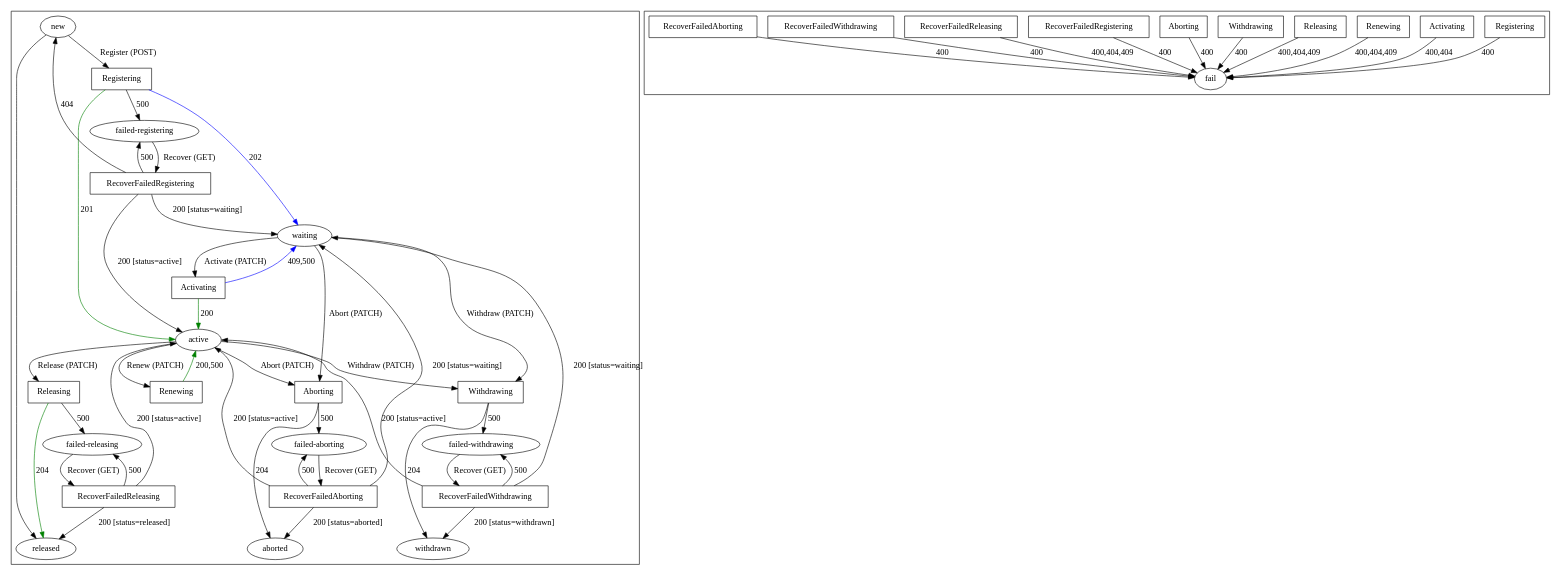
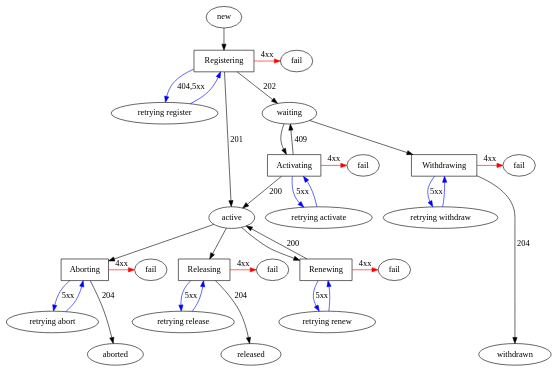
One commit to genome/nessy-client-perl changed the diagram in docs/nessy-daemon-claim-state-machine.dot. Above: the diagram before and after it, drawn with Graphviz.

Commit message:
refactor and update dot figure of state machine

```diff
--- a/docs/nessy-daemon-claim-state-machine.dot
+++ b/docs/nessy-daemon-claim-state-machine.dot
@@ -1,117 +1,170 @@
 digraph "nessy-daemon-claim-state-machine" {
-    //node [fontsize=1,height=0.25,width=0.25]
-    subgraph "cluster-rest" {
-        node [shape=oval]
-        "new"
-        "waiting"
-        "active"
-        "failed-registering"
-        "failed-releasing"
-        "failed-withdrawing"
-        "failed-aborting"
-        {
-            rank=same
-            "released"
-            "withdrawn"
-            "aborted"
-        }
-        
-        node [shape=box]
-        "Registering"
-        "Activating"
-        "Releasing"
-        "Renewing"
-        "Withdrawing"
-        "Aborting"
-        "RecoverFailedRegistering"
-        "RecoverFailedReleasing"
-        "RecoverFailedWithdrawing"
-        "RecoverFailedAborting"
-        
-        
-        // Possible Requests on the Nessy Server
-        edge [color=black]
-        "new"                           -> "released"                   [label=""]
-        "new"                           -> "Registering"                [label="Register (POST)"]
-        "waiting"                       -> "Activating"                 [label="Activate (PATCH)"]
-        "waiting"                       -> "Withdrawing"                [label="Withdraw (PATCH)"]
-        "waiting"                       -> "Aborting"                   [label="Abort (PATCH)"]
-        "active"                        -> "Releasing"                  [label="Release (PATCH)"]
-        "active"                        -> "Renewing"                   [label="Renew (PATCH)"]
-        "active"                        -> "Withdrawing"                [label="Withdraw (PATCH)"]
-        "active"                        -> "Aborting"                   [label="Abort (PATCH)"]
-        "failed-registering"            -> "RecoverFailedRegistering"   [label="Recover (GET)"]
-        "failed-releasing"              -> "RecoverFailedReleasing"     [label="Recover (GET)"]
-        "failed-withdrawing"            -> "RecoverFailedWithdrawing"   [label="Recover (GET)"]
-        "failed-aborting"               -> "RecoverFailedAborting"      [label="Recover (GET)"]
-        
-        edge [color=green]
-        "Registering"                   -> "active"                     [label="201"]
-        "Activating"                    -> "active"                     [label="200"]
-        "Renewing"                      -> "active"                     [label="200,500"]
-        "Releasing"                     -> "released"                   [label="204"]
-        
-        edge [color=blue]
-        "Registering"                   -> "waiting"                    [label="202"]
-        "Activating"                    -> "waiting"                    [label="409,500"]
-        
-        edge [color=black]
-        "Withdrawing"                   -> "withdrawn"                  [label="204"]
-        "Aborting"                      -> "aborted"                    [label="204"]
-        
-        edge [color=black]
-        // 500 response while Registering
-        "Registering"                   -> "failed-registering"         [label="500"]
-        "RecoverFailedRegistering"      -> "failed-registering"         [label="500"]
-        "RecoverFailedRegistering"      -> "new"                        [label="404"]
-        "RecoverFailedRegistering"      -> "active"                     [label="200 [status=active]"]
-        "RecoverFailedRegistering"      -> "waiting"                    [label="200 [status=waiting]"]
-        
-        // 500 response while Releasing
-        "Releasing"                     -> "failed-releasing"           [label="500"]
-        "RecoverFailedReleasing"        -> "failed-releasing"           [label="500"]
-        "RecoverFailedReleasing"        -> "active"                     [label="200 [status=active]"]
-        "RecoverFailedReleasing"        -> "released"                   [label="200 [status=released]"]
-        
-        // 500 response while Withdrawing
-        "Withdrawing"                   ->  "failed-withdrawing"        [label="500"]
-        "RecoverFailedWithdrawing"      ->  "failed-withdrawing"        [label="500"]
-        "RecoverFailedWithdrawing"      ->  "waiting"                   [label="200 [status=waiting]"]
-        "RecoverFailedWithdrawing"      ->  "active"                    [label="200 [status=active]"]
-        "RecoverFailedWithdrawing"      ->  "withdrawn"                 [label="200 [status=withdrawn]"]
-        
-        // 500 response while Aborting
-        "Aborting"                      ->  "failed-aborting"           [label="500"]
-        "RecoverFailedAborting"         ->  "failed-aborting"           [label="500"]
-        "RecoverFailedAborting"         ->  "waiting"                   [label="200 [status=waiting]"]
-        "RecoverFailedAborting"         ->  "active"                    [label="200 [status=active]"]
-        "RecoverFailedAborting"         ->  "aborted"                   [label="200 [status=aborted]"]
+    node [shape=oval]
+    // Start state
+    new
+
+    // In progress states
+    active
+    waiting
+
+    // Final states
+    aborted
+    released
+    withdrawn
+
+    // Failure states
+    f_abort      [label="fail"]
+    f_activate   [label="fail"]
+    f_register   [label="fail"]
+    f_release    [label="fail"]
+    f_renew      [label="fail"]
+    f_withdraw   [label="fail"]
+
+    // Retry states
+    r_abort    [label="retrying abort"]
+    r_activate [label="retrying activate"]
+    r_register [label="retrying register"]
+    r_release  [label="retrying release"]
+    r_renew    [label="retrying renew"]
+    r_withdraw [label="retrying withdraw"]
+
+    // Action states
+    node [shape=box]
+    a_abort    [label="Aborting"]
+    a_activate [label="Activating"]
+    a_register [label="Registering"]
+    a_release  [label="Releasing"]
+    a_renew    [label="Renewing"]
+    a_withdraw [label="Withdrawing"]
+
+
+    // Paths from start node
+    new -> a_register [color=black]
+
+
+    // Paths away from a_register
+    a_register -> active     [color=black label="201"]
+    a_register -> waiting    [color=black label="202"]
+
+    a_register -> r_register [color=blue  label="404,5xx"]
+    r_register -> a_register [color=blue]
+
+    a_register -> f_register [color=red   label="4xx"]
+
+
+    // Paths away from active
+    active  -> a_renew   [color=black]
+    a_renew -> active    [color=black label="200"]
+    a_renew -> r_renew   [color=blue  label="5xx"]
+    r_renew -> a_renew   [color=blue]
+
+
+    a_renew -> f_renew   [color=red label="4xx"]
+
+    active  -> a_abort   [color=black]
+    active  -> a_release [color=black]
+
+
+    // Paths away from waiting
+    waiting    -> a_activate [color=black weight=0.5]
+    a_activate -> waiting    [color=black label="409" weight=0.5]
+    a_activate -> r_activate [color=blue  label="5xx"]
+    r_activate -> a_activate [color=blue]
+    a_activate -> active     [color=black label="200"]
+
+
+    a_activate -> f_activate [color=red   label="4xx"]
+
+    waiting    -> a_withdraw [color=black]
+
+
+    // Paths away from a_withdraw
+    a_withdraw -> withdrawn  [color=black label="204"]
+
+    a_withdraw -> r_withdraw [color=blue  label="5xx"]
+    r_withdraw -> a_withdraw [color=blue]
+
+    a_withdraw -> f_withdraw [color=red   label="4xx"]
+
+
+    // Paths away from a_release
+    a_release -> released  [color=black label="204"]
+
+    a_release -> r_release [color=blue  label="5xx"]
+    r_release -> a_release [color=blue]
+
+    a_release -> f_release [color=red   label="4xx"]
+
+    // Paths away from a_abort
+    a_abort -> aborted [color=black label="204"]
+    a_abort -> r_abort [color=blue  label="5xx"]
+
+    r_abort -> a_abort [color=blue]
+    a_abort -> f_abort [color=red   label="4xx"]
+
+
+    // Formatting
+    {
+        rank=source
+        new
     }
-    subgraph "cluster-failures" {
-        node [shape=oval]
-        "fail"
 
-        node [shape=box]
-        f00[label="Registering"]
-        f01[label="Activating"]
-        f02[label="Renewing"]
-        f03[label="Releasing"]
-        f04[label="Withdrawing"]
-        f05[label="Aborting"]
-        f06[label="RecoverFailedRegistering"]
-        f07[label="RecoverFailedReleasing"]
-        f08[label="RecoverFailedWithdrawing"]
-        f09[label="RecoverFailedAborting"]
+    {
+        rank=sink
+        aborted
+        released
+        withdrawn
+    }
 
-        f00 -> "fail" [label="400"]
-        f01 -> "fail" [label="400,404"]
-        f02 -> "fail" [label="400,404,409"]
-        f03 -> "fail" [label="400,404,409"]
-        f04 -> "fail" [label="400"]
-        f05 -> "fail" [label="400"]
-        f06 -> "fail" [label="400"]
-        f07 -> "fail" [label="400,404,409"]
-        f08 -> "fail" [label="400"]
-        f09 -> "fail" [label="400"]
+    // Put "fail" nodes on same line as action nodes
+    {
+        rank=same
+        a_abort
+        f_abort
+    }
+
+    {
+        rank=same
+        a_activate
+        f_activate
+    }
+
+    {
+        rank=same
+        a_register
+        f_register
+    }
+
+    {
+        rank=same
+        a_release
+        f_release
+    }
+
+    {
+        rank=same
+        a_withdraw
+        f_withdraw
+    }
+
+    {
+        rank=same
+        a_renew
+        f_renew
+    }
+
+    // Put actions from "waiting" on same line
+    {
+        rank=same
+        a_activate
+        a_withdraw
+    }
+
+    // Put actions form "active" on same line
+    {
+        rank=same
+        a_abort
+        a_release
+        a_renew
     }
 }
```
